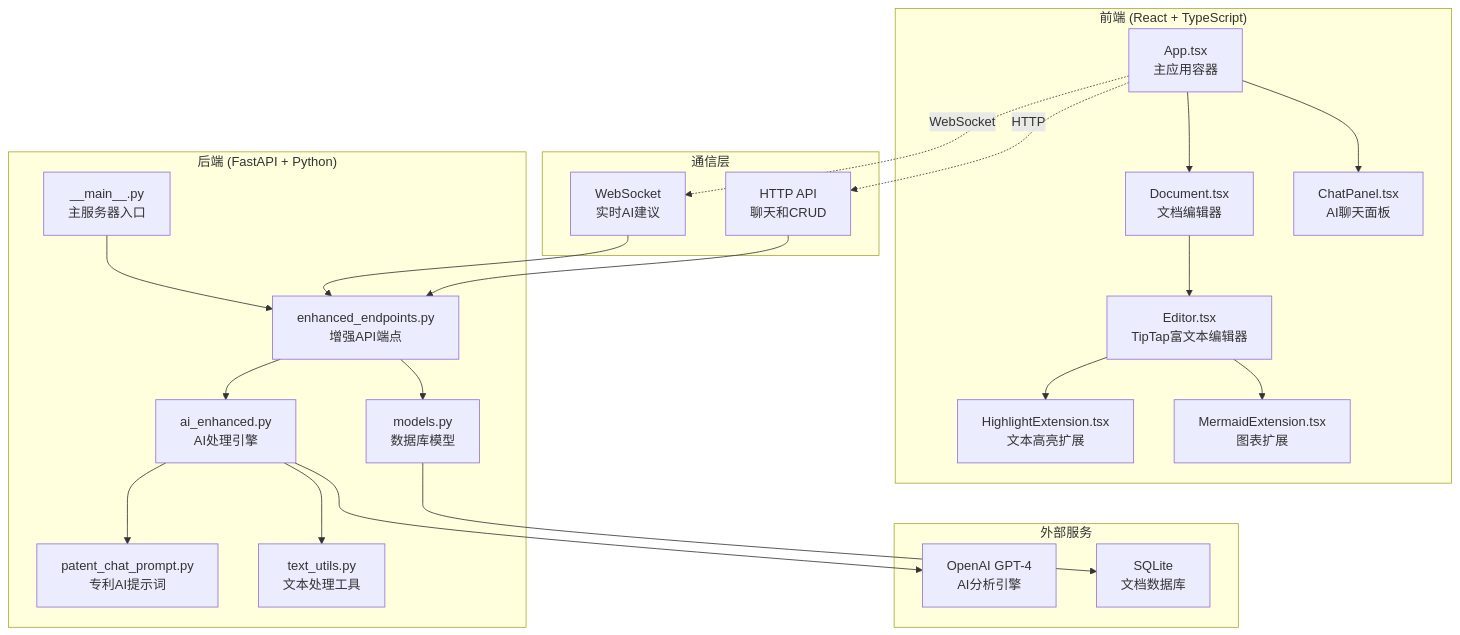
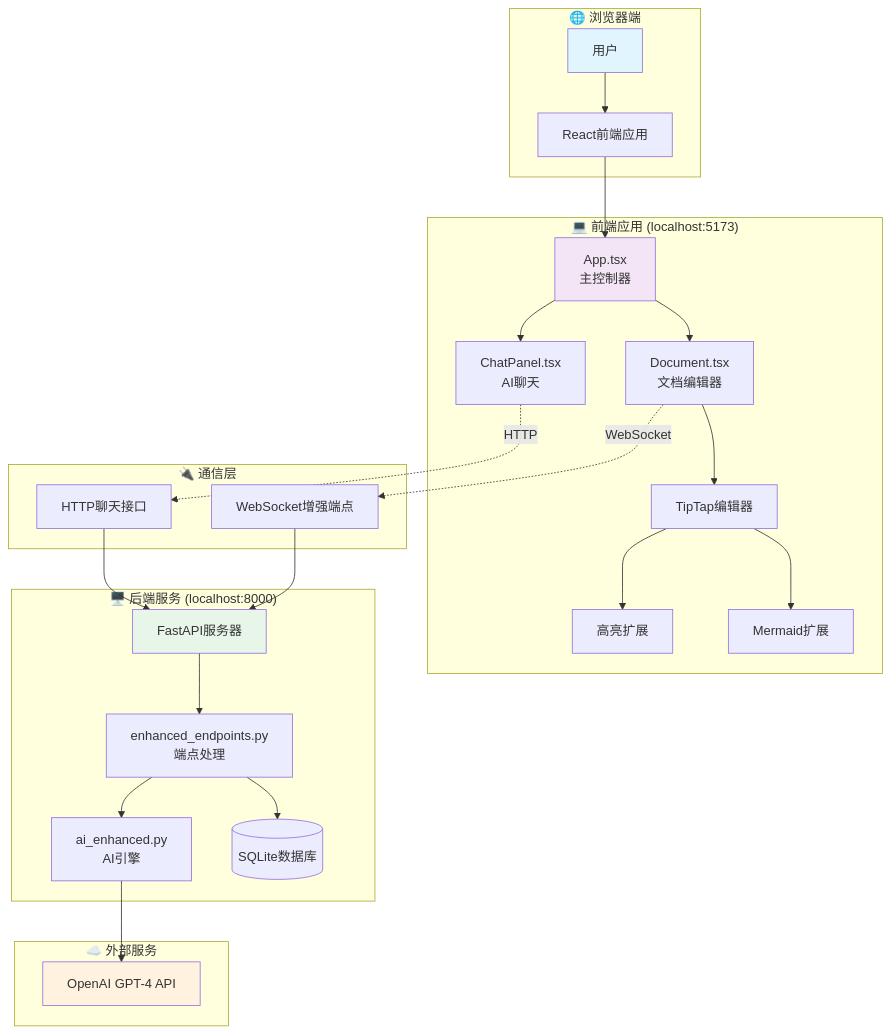
One commit to kailliang/Document-Intelligence changed the first of 5 diagrams in SYSTEM_ARCHITECTURE.md. Above: the diagram before and after it, drawn with Mermaid. The commit also changed other lines of this file and 20 other files, not shown here.

First line of the commit message:
Add comprehensive AI analysis flow documentation and improve CLAUDE.md

````diff
--- a/SYSTEM_ARCHITECTURE.md
+++ b/SYSTEM_ARCHITECTURE.md
@@ -24,35 +100,37 @@
 ```mermaid
 graph TB
-    subgraph "前端 (React + TypeScript)"
-        A[App.tsx<br/>主应用容器] --> B[Document.tsx<br/>文档编辑器]
-        A --> C[ChatPanel.tsx<br/>AI聊天面板]
-        B --> D[Editor.tsx<br/>TipTap富文本编辑器]
-        D --> E[HighlightExtension.tsx<br/>文本高亮扩展]
-        D --> F[MermaidExtension.tsx<br/>图表扩展]
+    subgraph "🌐 浏览器端"
+        U[用户] --> B[React前端应用]
     end
     
-    subgraph "后端 (FastAPI + Python)"
-        G[__main__.py<br/>主服务器入口] --> H[enhanced_endpoints.py<br/>增强API端点]
-        H --> I[ai_enhanced.py<br/>AI处理引擎]
-        I --> J[patent_chat_prompt.py<br/>专利AI提示词]
-        H --> K[models.py<br/>数据库模型]
-        I --> L[text_utils.py<br/>文本处理工具]
+    subgraph "💻 前端应用 (localhost:5173)"
+        B --> App[App.tsx<br/>主控制器]
+        App --> Doc[Document.tsx<br/>文档编辑器]
+        App --> Chat[ChatPanel.tsx<br/>AI聊天]
+        Doc --> Editor[TipTap编辑器]
+        Editor --> HE[高亮扩展]
+        Editor --> ME[Mermaid扩展]
     end
     
-    subgraph "通信层"
-        M[WebSocket<br/>实时AI建议] 
-        N[HTTP API<br/>聊天和CRUD]
+    subgraph "🔌 通信层"
+        Doc -.->|WebSocket| WS["WebSocket增强端点"]
+        Chat -.->|HTTP| API["HTTP聊天接口"]
     end
     
-    subgraph "外部服务"
-        O[OpenAI GPT-4<br/>AI分析引擎]
-        P[SQLite<br/>文档数据库]
+    subgraph "🖥️ 后端服务 (localhost:8000)"
+        WS --> FastAPI[FastAPI服务器]
+        API --> FastAPI
+        FastAPI --> EP[enhanced_endpoints.py<br/>端点处理]
+        EP --> AI[ai_enhanced.py<br/>AI引擎]
+        EP --> DB[(SQLite数据库)]
     end
     
-    A -.->|WebSocket| M
-    A -.->|HTTP| N
-    M --> H
-    N --> H
-    I --> O
-    K --> P
+    subgraph "☁️ 外部服务"
+        AI --> OpenAI[OpenAI GPT-4 API]
+    end
+    
+    style U fill:#e1f5fe
+    style App fill:#f3e5f5
+    style FastAPI fill:#e8f5e9
+    style OpenAI fill:#fff3e0
 ```
````
